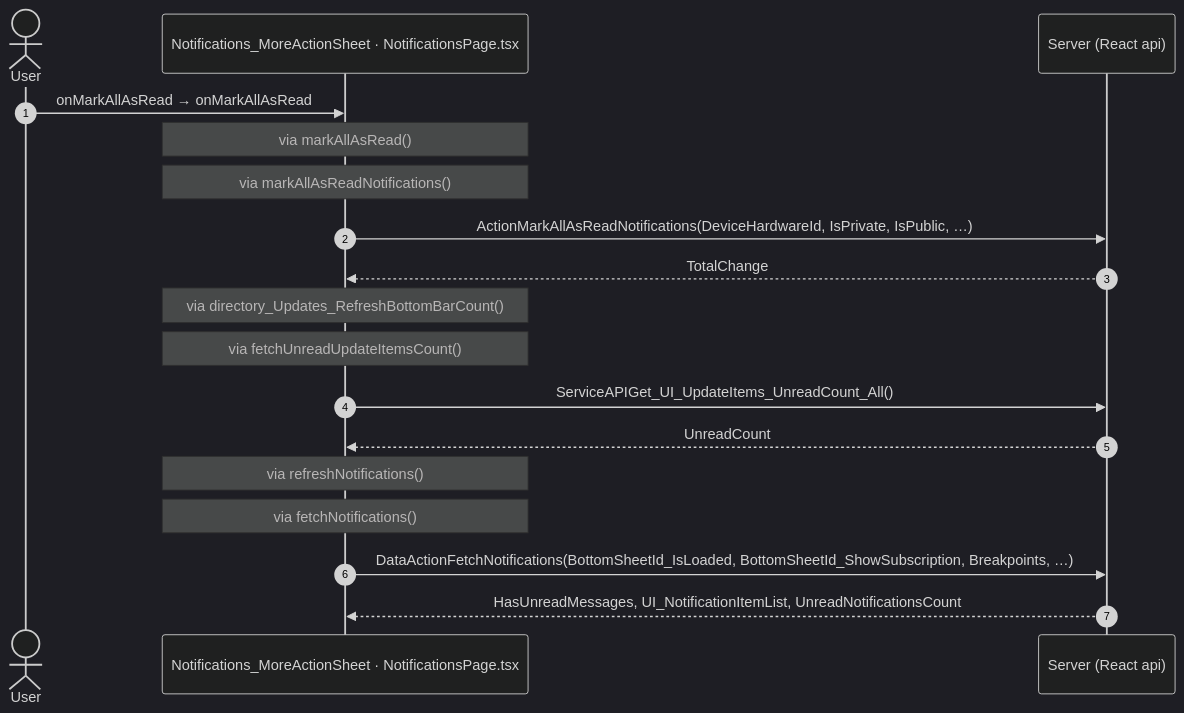
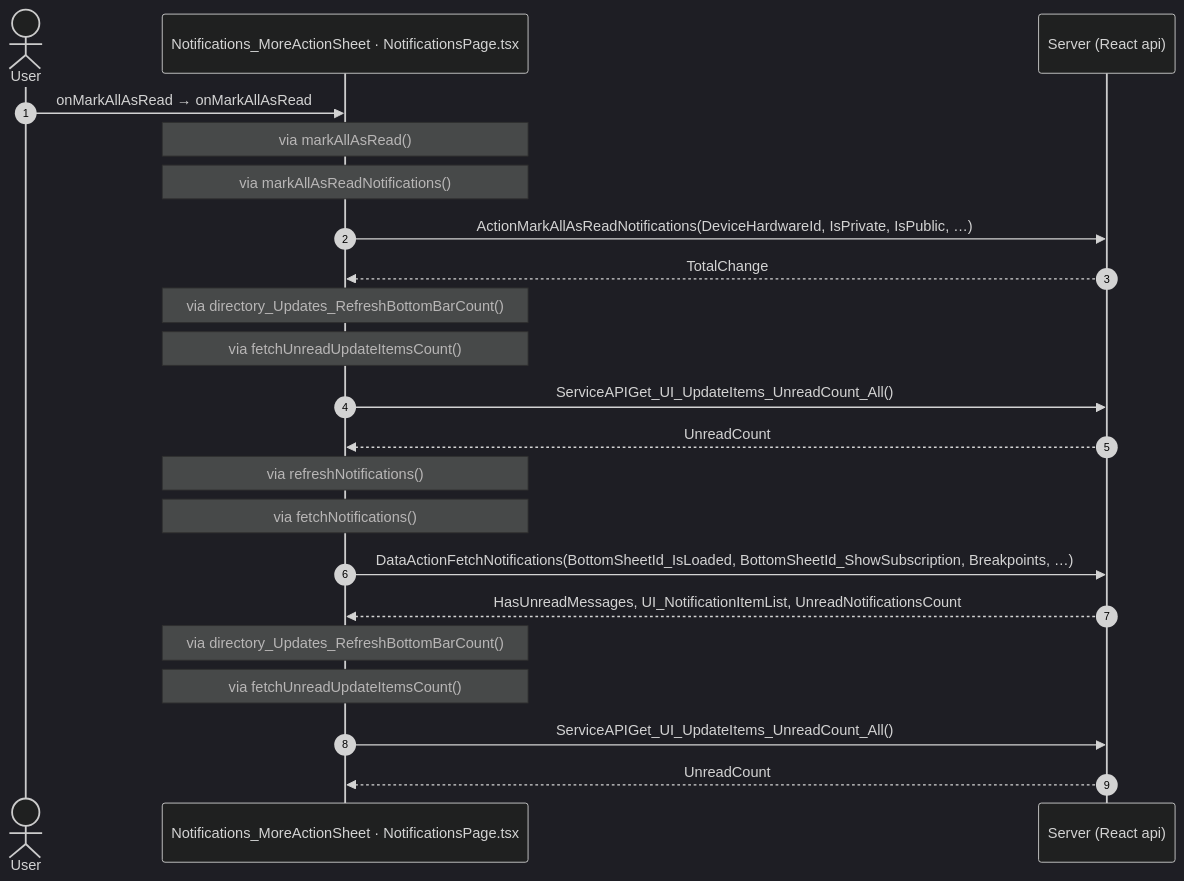
Before and after one commit to Phoenix-DX/connect-new-ui: diagram 26 of 46 in route-actions/routes/Notifications.md, drawn with Mermaid (dark theme). The commit also changed other lines of this file and 9 other files, not shown here.

````diff
--- a/route-actions/routes/Notifications.md
+++ b/route-actions/routes/Notifications.md
@@ -536,20 +536,24 @@
 ```mermaid
 sequenceDiagram
   autonumber
   actor U as User
   participant H as Notifications_MoreActionSheet · NotificationsPage.tsx
   participant A as Server (React api)
   U->>H: onMarkAllAsRead → onMarkAllAsRead
   Note over H: via markAllAsRead()
   Note over H: via markAllAsReadNotifications()
   H->>A: ActionMarkAllAsReadNotifications(DeviceHardwareId, IsPrivate, IsPublic, …)
   A-->>H: TotalChange
   Note over H: via directory_Updates_RefreshBottomBarCount()
   Note over H: via fetchUnreadUpdateItemsCount()
   H->>A: ServiceAPIGet_UI_UpdateItems_UnreadCount_All()
   A-->>H: UnreadCount
   Note over H: via refreshNotifications()
   Note over H: via fetchNotifications()
   H->>A: DataActionFetchNotifications(BottomSheetId_IsLoaded, BottomSheetId_ShowSubscription, Breakpoints, …)
   A-->>H: HasUnreadMessages, UI_NotificationItemList, UnreadNotificationsCount
+  Note over H: via directory_Updates_RefreshBottomBarCount()
+  Note over H: via fetchUnreadUpdateItemsCount()
+  H->>A: ServiceAPIGet_UI_UpdateItems_UnreadCount_All()
+  A-->>H: UnreadCount
 ```
````
